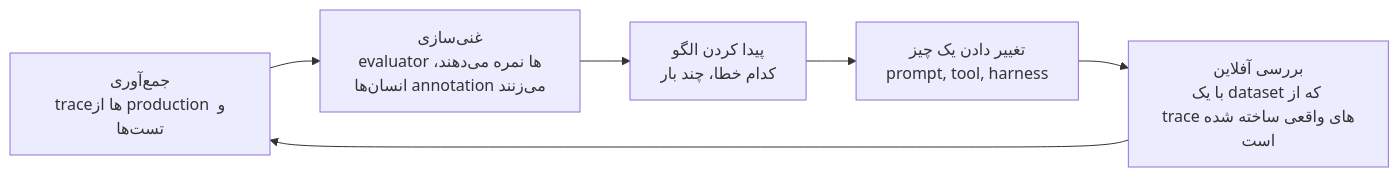
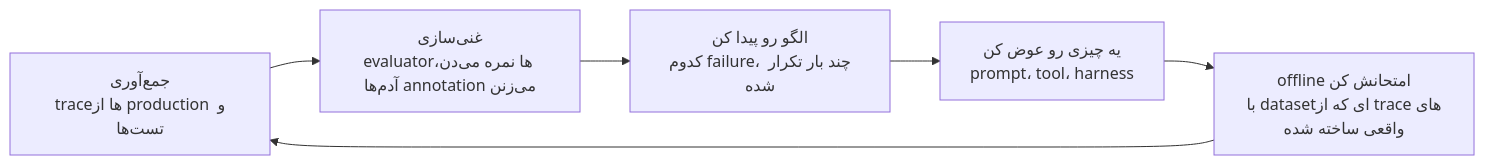
The first of 2 diagrams in mini-courses/1_fundamentals/observability_fa.md (lokumai/ai-engineering-bazaar), drawn with Mermaid before and after one commit. The commit also changed other lines of this file and 63 other files, not shown here.

````diff
--- a/mini-courses/1_fundamentals/observability_fa.md
+++ b/mini-courses/1_fundamentals/observability_fa.md
@@ -42,8 +42,8 @@
 ```mermaid
 graph LR
-    A["جمع‌آوری<br/>trace‌ها از production و تست‌ها"] --> B["غنی‌سازی<br/>evaluator‌ها نمره می‌دهند، انسان‌ها annotation می‌زنند"]
-    B --> C["پیدا کردن الگو<br/>کدام خطا، چند بار"]
-    C --> D["تغییر دادن یک چیز<br/>prompt, tool, harness"]
-    D --> E["بررسی آفلاین<br/>با یک dataset که از trace‌های واقعی ساخته شده است"]
+    A["جمع‌آوری<br/>trace‌ها از production و تست‌ها"] --> B["غنی‌سازی<br/>evaluator‌ها نمره می‌دن، آدم‌ها annotation می‌زنن"]
+    B --> C["الگو رو پیدا کن<br/>کدوم failure، چند بار تکرار شده"]
+    C --> D["یه چیزی رو عوض کن<br/>prompt، tool، harness"]
+    D --> E["offline امتحانش کن<br/>با dataset‌ای که از trace‌های واقعی ساخته شده"]
     E --> A
 ```
````
